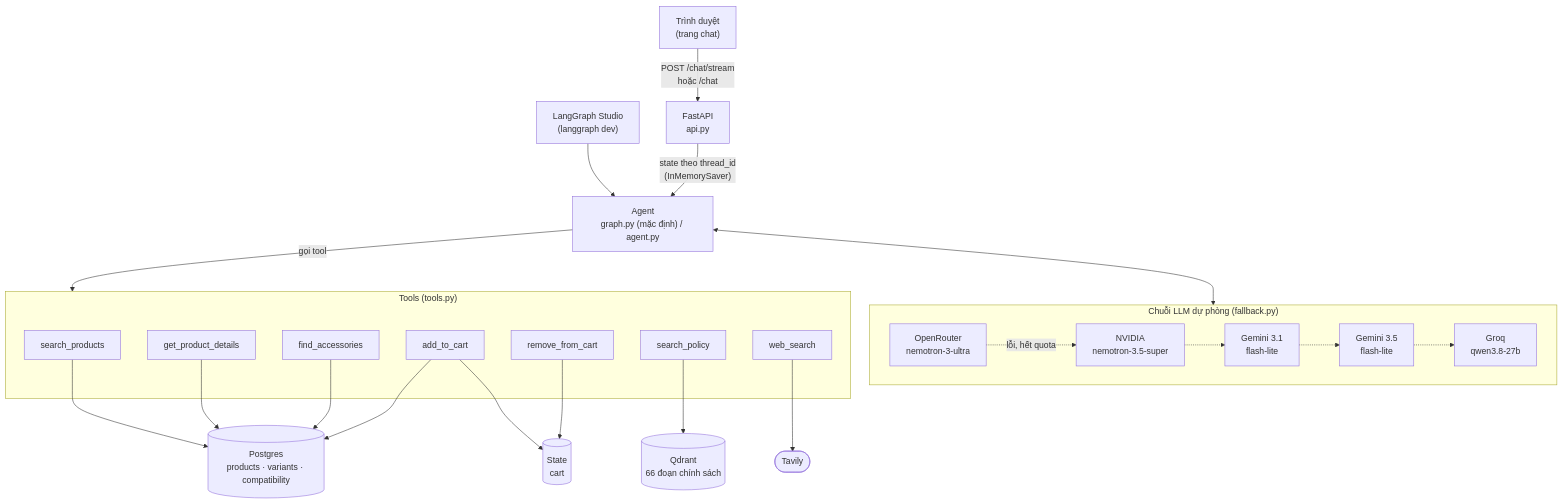
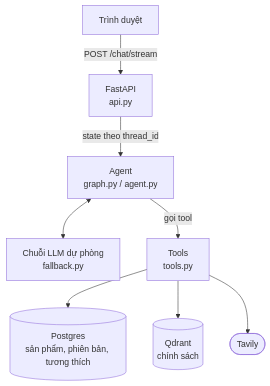
The first of 2 diagrams in README.md (vu-wspace/sales_agent), drawn with Mermaid before and after one commit. The commit also changed other lines of this file, not shown here.

````diff
--- a/README.md
+++ b/README.md
@@ -54,30 +147,10 @@
 ```mermaid
 flowchart TB
-    browser["Trình duyệt<br/>(trang chat)"] -- "POST /chat/stream<br/>hoặc /chat" --> api["FastAPI<br/>api.py"]
-    studio["LangGraph Studio<br/>(langgraph dev)"] --> agent
-    api -- "state theo thread_id<br/>(InMemorySaver)" --> agent["Agent<br/>graph.py (mặc định) / agent.py"]
-    agent <--> chain
-
-    subgraph chain["Chuỗi LLM dự phòng (fallback.py)"]
-        direction LR
-        openrouter["OpenRouter<br/>nemotron-3-ultra"] -. lỗi, hết quota .-> nvidia["NVIDIA<br/>nemotron-3.5-super"]
-        nvidia -.-> gemini31["Gemini 3.1<br/>flash-lite"] -.-> gemini35["Gemini 3.5<br/>flash-lite"] -.-> groq["Groq<br/>qwen3.8-27b"]
-    end
-
-    agent -- "gọi tool" --> tools
-
-    subgraph tools["Tools (tools.py)"]
-        search_products["search_products"]
-        get_details["get_product_details"]
-        find_acc["find_accessories"]
-        add_cart["add_to_cart"]
-        remove_cart["remove_from_cart"]
-        search_policy["search_policy"]
-        web_search["web_search"]
-    end
-
-    search_products & get_details & find_acc & add_cart --> postgres[("Postgres<br/>products · variants · compatibility")]
-    add_cart & remove_cart --> cart[("State<br/>cart")]
-    search_policy --> qdrant[("Qdrant<br/>66 đoạn chính sách")]
-    web_search --> tavily(["Tavily"])
+    browser["Trình duyệt"] -- "POST /chat/stream" --> api["FastAPI<br/>api.py"]
+    api -- "state theo thread_id" --> agent["Agent<br/>graph.py / agent.py"]
+    agent <--> chain["Chuỗi LLM dự phòng<br/>fallback.py"]
+    agent -- "gọi tool" --> tools["Tools<br/>tools.py"]
+    tools --> postgres[("Postgres<br/>sản phẩm, phiên bản, tương thích")]
+    tools --> qdrant[("Qdrant<br/>chính sách")]
+    tools --> tavily(["Tavily"])
 ```
````
